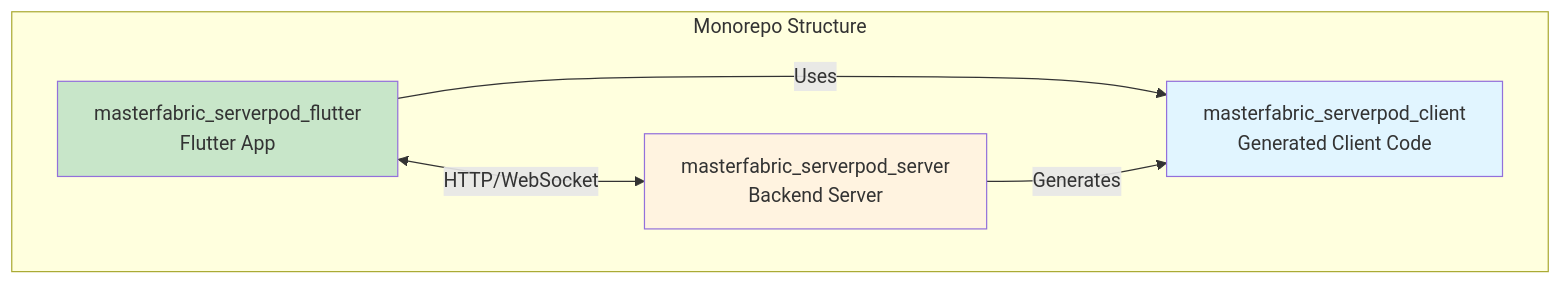
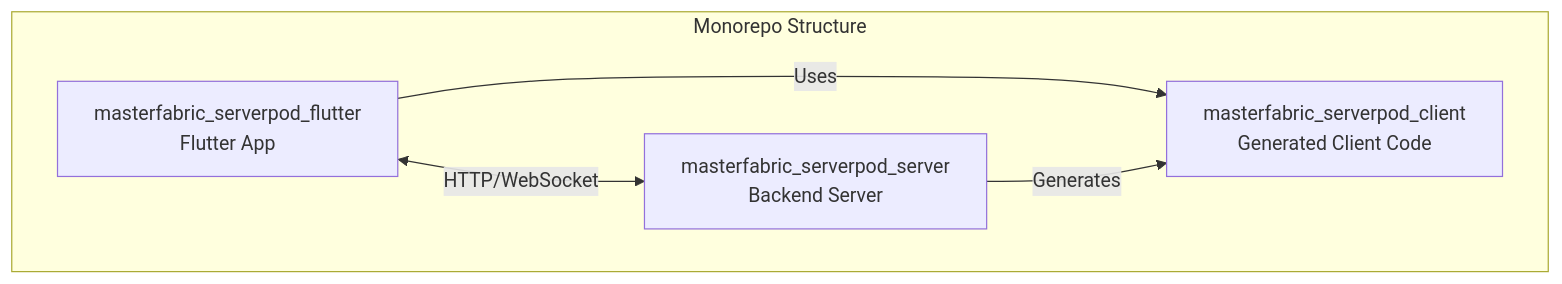
Before and after one commit to gurkanfikretgunak/masterfabric_serverpod: the first of 9 diagrams in README.md, drawn with Mermaid. The commit also changed other lines of this file, not shown here.

Commit message:
refactor(README): remove style definitions from diagrams for cleaner presentation

````diff
--- a/README.md
+++ b/README.md
@@ -26,16 +26,12 @@
 ```mermaid
 graph TB
     subgraph "Monorepo Structure"
         Client[masterfabric_serverpod_client<br/>Generated Client Code]
         Flutter[masterfabric_serverpod_flutter<br/>Flutter App]
         Server[masterfabric_serverpod_server<br/>Backend Server]
     end
     
     Flutter -->|Uses| Client
     Server -->|Generates| Client
     Flutter <-->|HTTP/WebSocket| Server
-    
-    style Client fill:#e1f5ff
-    style Flutter fill:#c8e6c9
-    style Server fill:#fff3e0
 ```
````
